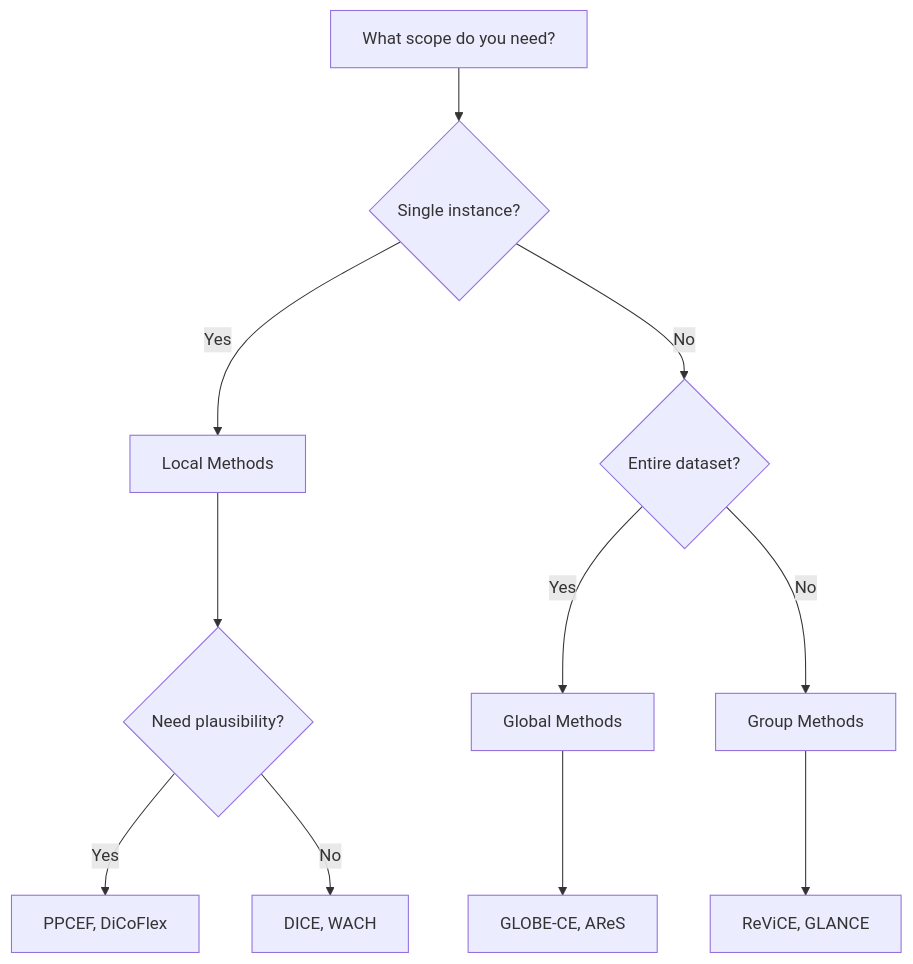
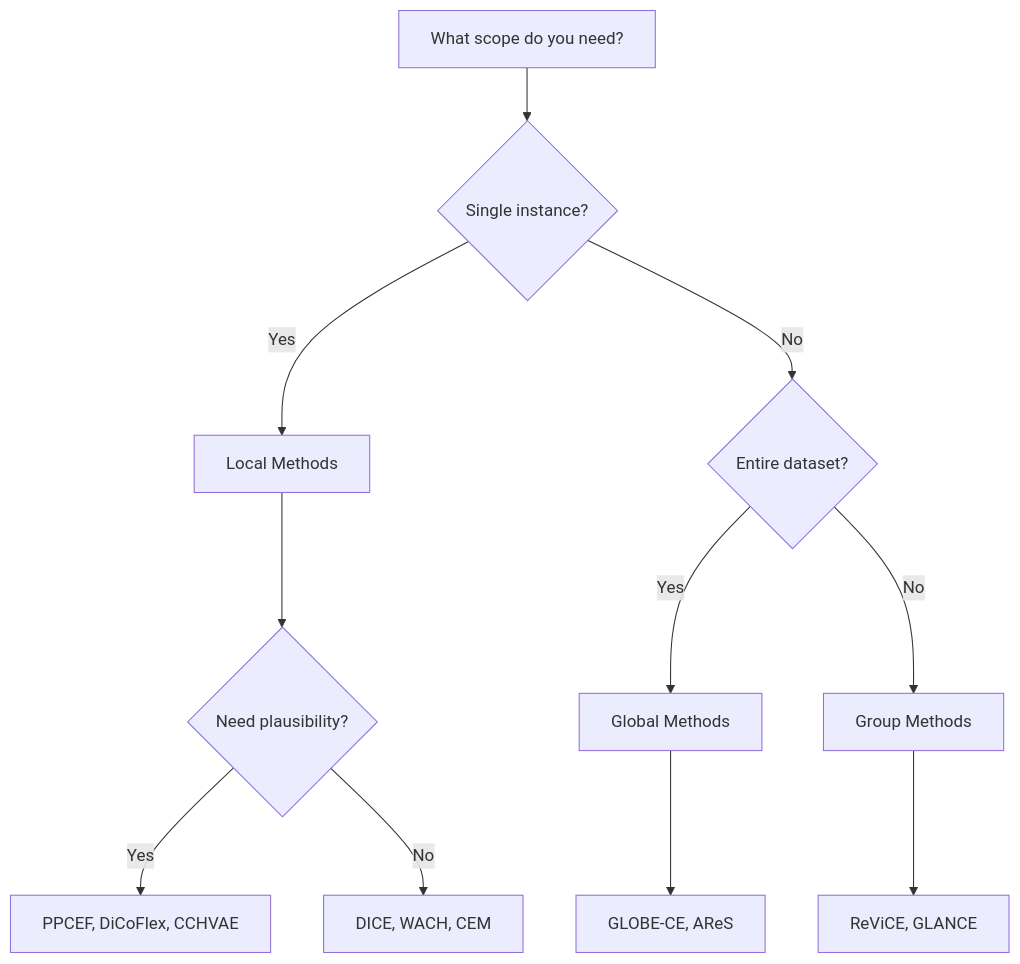
One commit to ofurman/counterfactuals changed the diagram in docs/methods/index.md. Above: the diagram before and after it, drawn with Mermaid. The commit also changed other lines of this file and 5 other files, not shown here.

````diff
--- a/docs/methods/index.md
+++ b/docs/methods/index.md
@@ -37,15 +42,15 @@
 ```mermaid
 flowchart TD
     A[What scope do you need?] --> B{Single instance?}
     B -->|Yes| C[Local Methods]
     B -->|No| D{Entire dataset?}
     D -->|Yes| E[Global Methods]
     D -->|No| F[Group Methods]
 
     C --> G{Need plausibility?}
-    G -->|Yes| H[PPCEF, DiCoFlex]
-    G -->|No| I[DICE, WACH]
+    G -->|Yes| H[PPCEF, DiCoFlex, CCHVAE]
+    G -->|No| I[DICE, WACH, CEM]
 
     E --> J[GLOBE-CE, AReS]
     F --> K[ReViCE, GLANCE]
 ```
````
